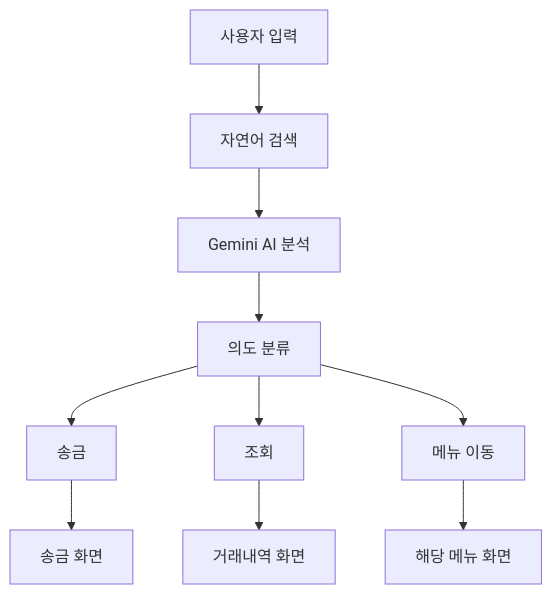
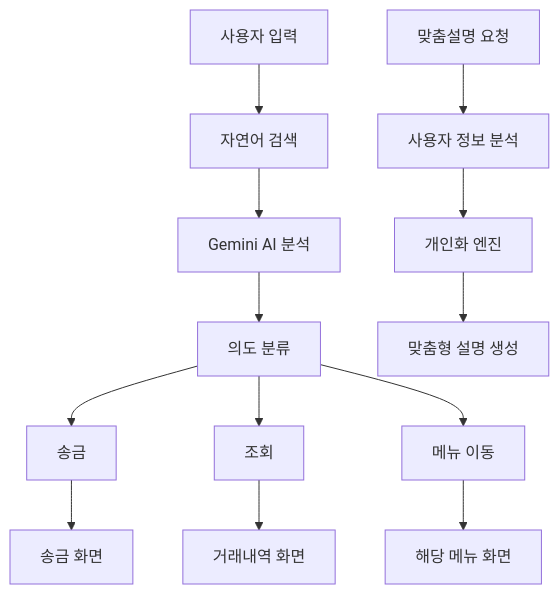
Before and after one commit to JunhyunKang/sol-search: the diagram in README.md, drawn with Mermaid. The commit also changed other lines of this file, not shown here.

````diff
--- a/README.md
+++ b/README.md
@@ -36,12 +43,16 @@
 ```mermaid
 graph TD
     A[사용자 입력] --> B[자연어 검색]
     B --> C[Gemini AI 분석]
     C --> D[의도 분류]
     D --> E[송금]
     D --> F[조회]
     D --> G[메뉴 이동]
     E --> H[송금 화면]
     F --> I[거래내역 화면]
     G --> J[해당 메뉴 화면]
+    
+    K[맞춤설명 요청] --> L[사용자 정보 분석]
+    L --> M[개인화 엔진]
+    M --> N[맞춤형 설명 생성]
 ```
````
